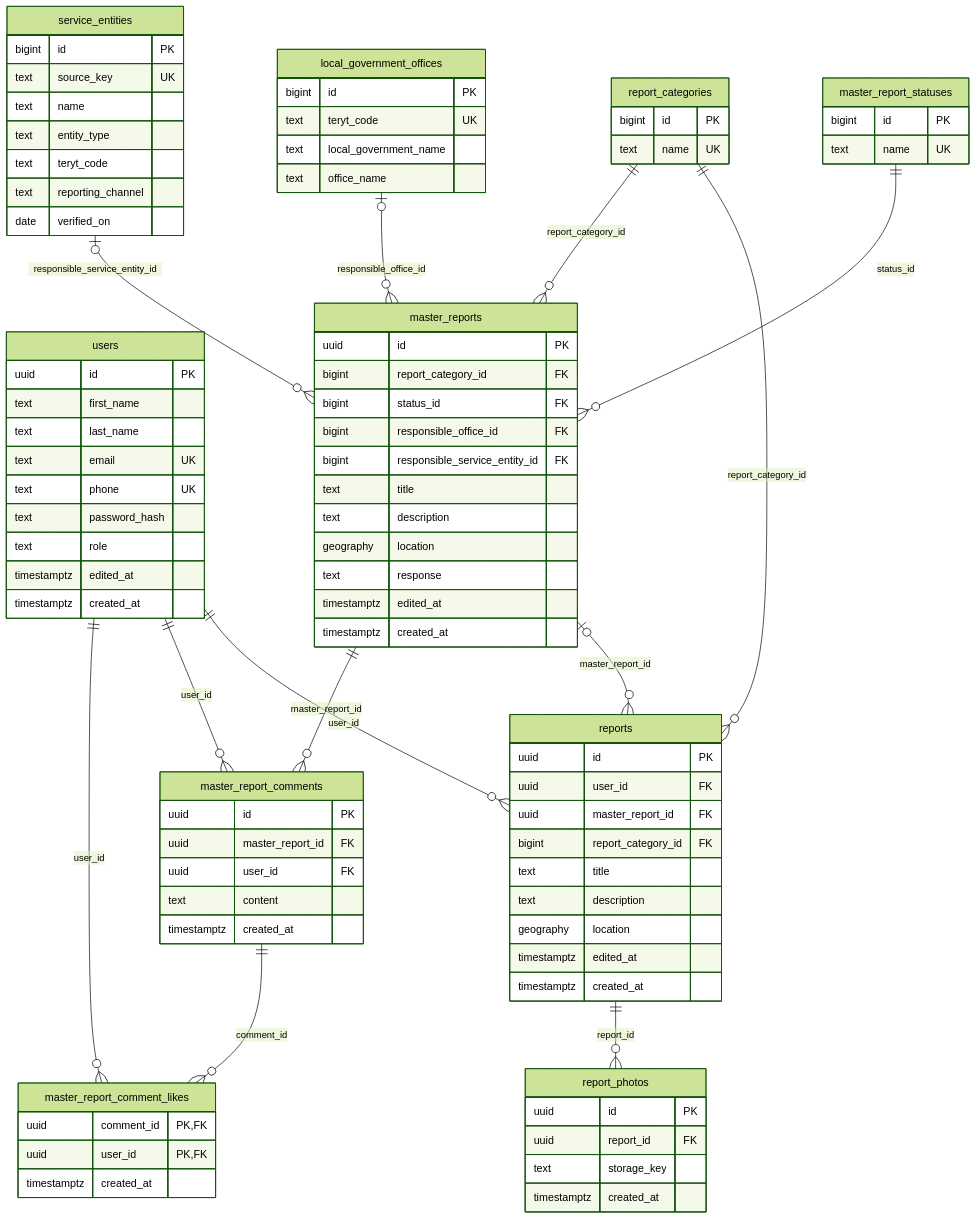
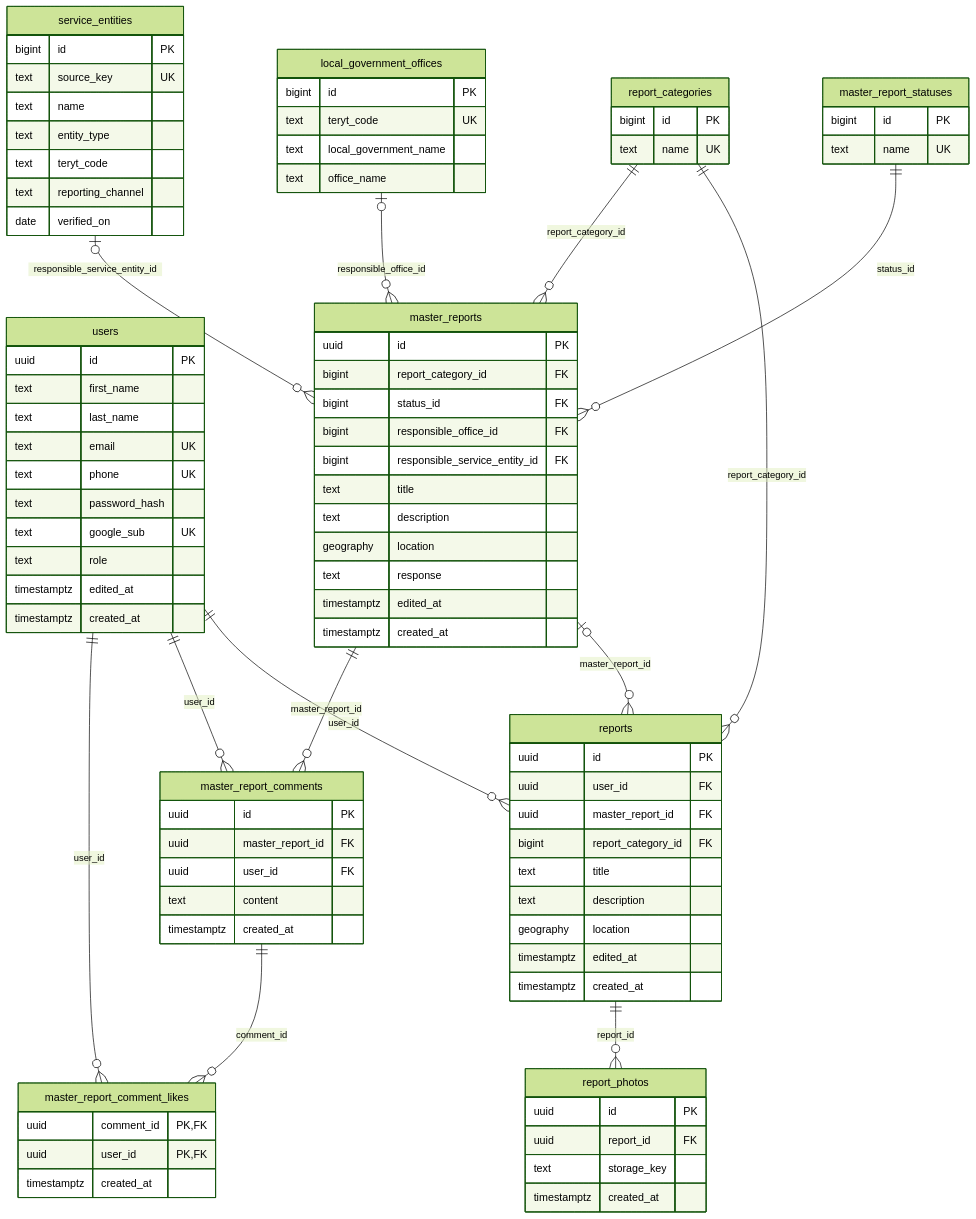
One commit to portugalskie-armatki-sniezne/eHackYeah2026 changed the diagram in apps/api/docs/data-model.md. Above: the diagram before and after it, drawn with Mermaid (forest theme). The commit also changed other lines of this file and 15 other files, not shown here.

```diff
--- a/apps/api/docs/data-model.md
+++ b/apps/api/docs/data-model.md
@@ -26,6 +26,7 @@
         text email UK
         text phone UK
         text password_hash
+        text google_sub UK
         text role
         timestamptz edited_at
         timestamptz created_at
```
